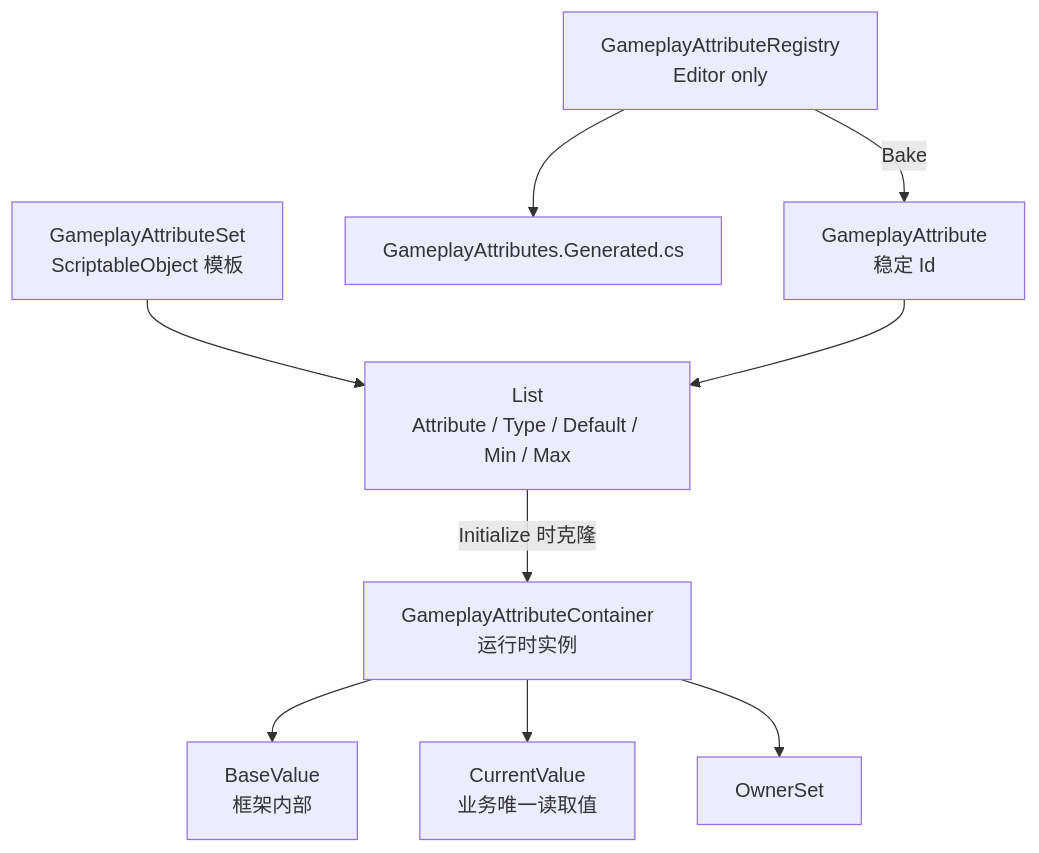
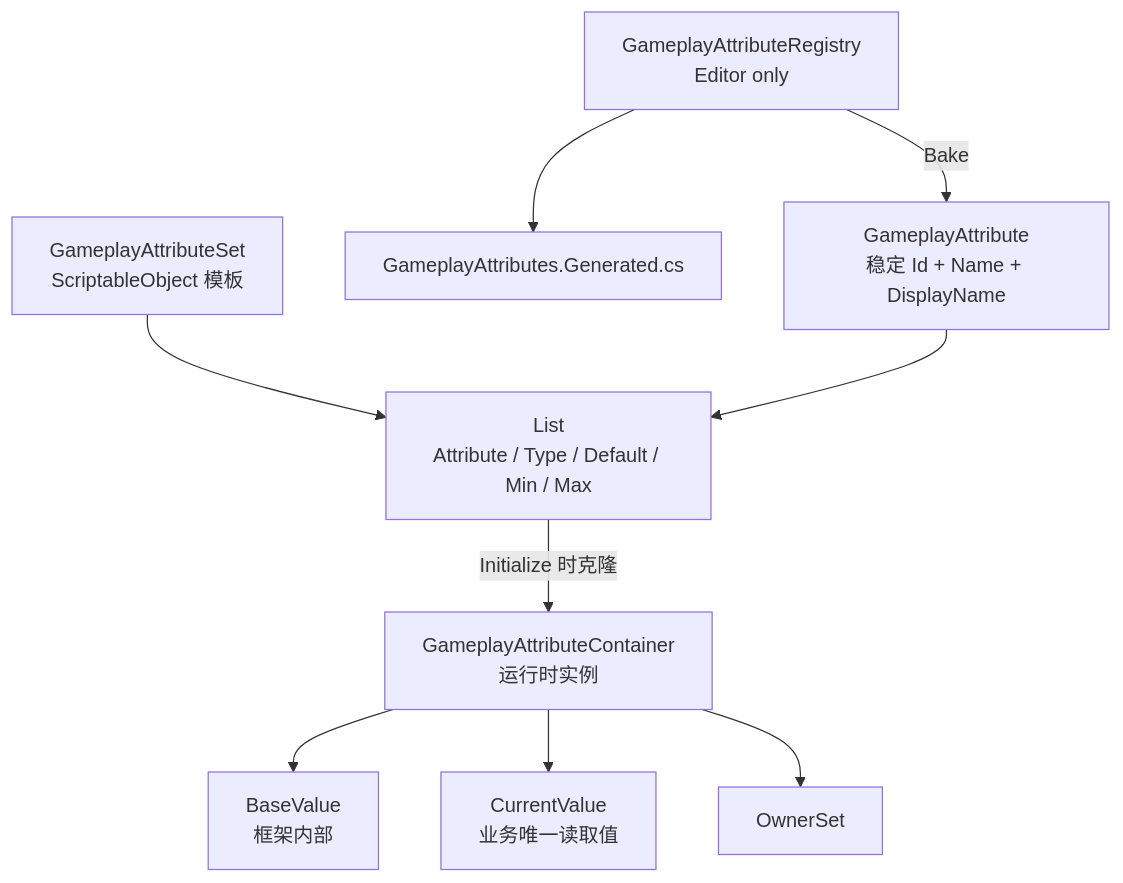
Before and after one commit to Whitesheeeep/3DRPG: the first of 6 diagrams in Assets/GAS_Light/设计md/AttributeGameplay.md, drawn with Mermaid. The commit also changed other lines of this file and 34 other files, not shown here.

````diff
--- a/Assets/GAS_Light/设计md/AttributeGameplay.md
+++ b/Assets/GAS_Light/设计md/AttributeGameplay.md
@@ -7,11 +7,11 @@
 ```mermaid
 flowchart TD
-    Registry["GameplayAttributeRegistry\nEditor only"] -->|Bake| Identity["GameplayAttribute\n稳定 Id"]
+    Registry["GameplayAttributeRegistry\nEditor only"] -->|Bake| Identity["GameplayAttribute\n稳定 Id + Name + DisplayName"]
     Registry --> Generated["GameplayAttributes.Generated.cs"]
     Set["GameplayAttributeSet\nScriptableObject 模板"] --> Definitions["List<GameplayAttributeDefinition>\nAttribute / Type / Default / Min / Max"]
     Identity --> Definitions
     Definitions -->|Initialize 时克隆| Container["GameplayAttributeContainer\n运行时实例"]
     Container --> Base["BaseValue\n框架内部"]
     Container --> Current["CurrentValue\n业务唯一读取值"]
     Container --> Owner["OwnerSet"]
 ```
````
